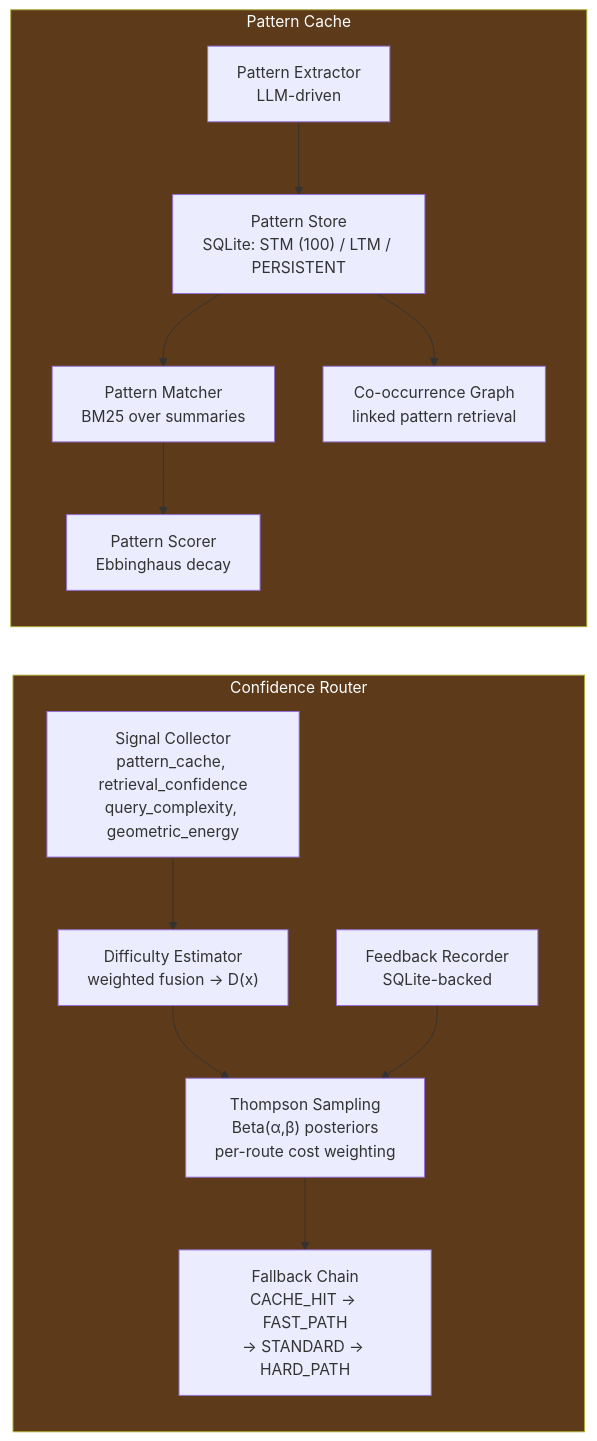
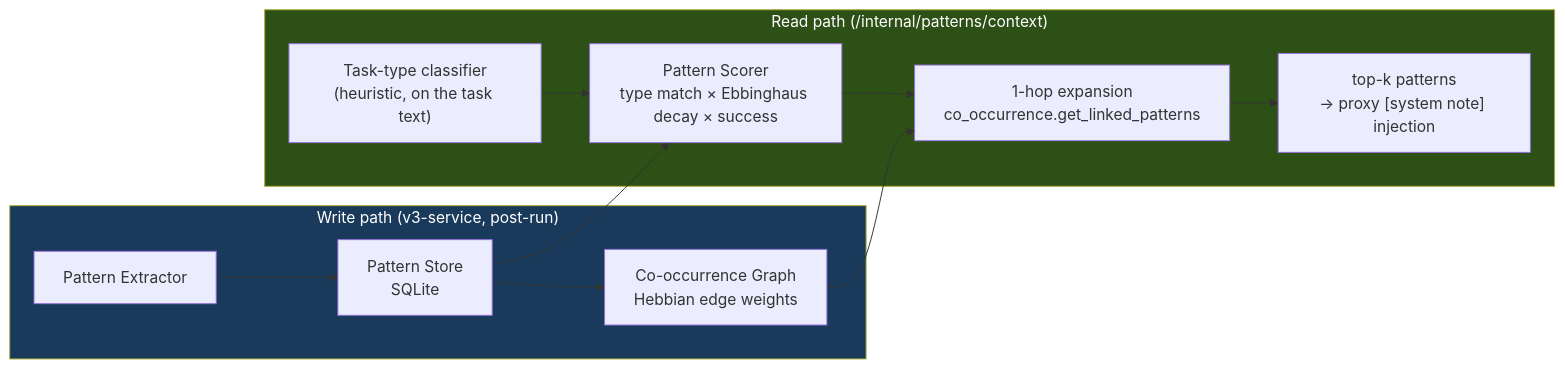
One commit to itigges22/ATLAS changed the seventh of 12 diagrams in docs/lang/ja/ARCHITECTURE.md. Above: the diagram before and after it, drawn with Mermaid. The commit also changed other lines of this file and 2 other files, not shown here.

````diff
--- a/docs/lang/ja/ARCHITECTURE.md
+++ b/docs/lang/ja/ARCHITECTURE.md
@@ -470,27 +448,19 @@
 ```mermaid
 graph LR
-    subgraph router["Confidence Router"]
-        SIG["Signal Collector\npattern_cache, retrieval_confidence\nquery_complexity, geometric_energy"]
-        DIFF["Difficulty Estimator\nweighted fusion → D(x)"]
-        TS["Thompson Sampling\nBeta(α,β) posteriors\nper-route cost weighting"]
-        FB["Feedback Recorder\nSQLite-backed"]
-        FC["Fallback Chain\nCACHE_HIT → FAST_PATH\n→ STANDARD → HARD_PATH"]
-        SIG --> DIFF --> TS --> FC
-        FB --> TS
+    subgraph write["Write path (v3-service, post-run)"]
+        PE["Pattern Extractor"] --> PS["Pattern Store\nSQLite"]
+        PS --> COO["Co-occurrence Graph\nHebbian edge weights"]
     end
 
-    subgraph cache["Pattern Cache"]
-        PS["Pattern Store\nSQLite: STM (100) / LTM / PERSISTENT"]
-        PM["Pattern Matcher\nBM25 over summaries"]
-        PE["Pattern Extractor\nLLM-driven"]
-        PSC["Pattern Scorer\nEbbinghaus decay"]
-        COO["Co-occurrence Graph\nlinked pattern retrieval"]
-        PE --> PS
-        PS --> PM
-        PM --> PSC
-        PS --> COO
+    subgraph read["Read path (/internal/patterns/context)"]
+        CLS["Task-type classifier\n(heuristic, on the task text)"] --> PSC["Pattern Scorer\ntype match × Ebbinghaus decay × success"]
+        PSC --> EXP["1-hop expansion\nco_occurrence.get_linked_patterns"]
+        EXP --> OUT["top-k patterns\n→ proxy [system note] injection"]
     end
 
-    style router fill:#5c3a1a,color:#fff
-    style cache fill:#5c3a1a,color:#fff
+    PS --> PSC
+    COO --> EXP
+
+    style write fill:#1a3a5c,color:#fff
+    style read fill:#2d5016,color:#fff
 ```
````
